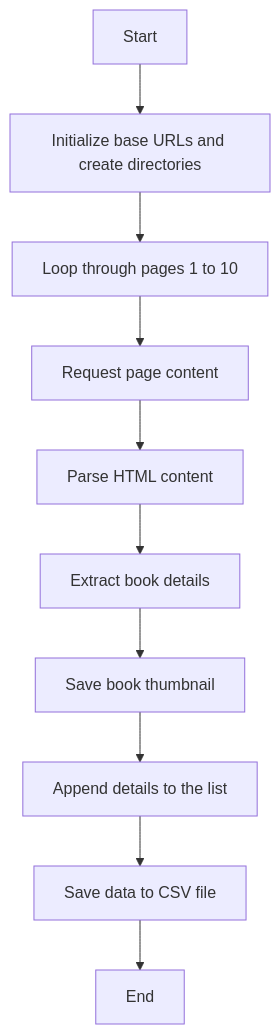
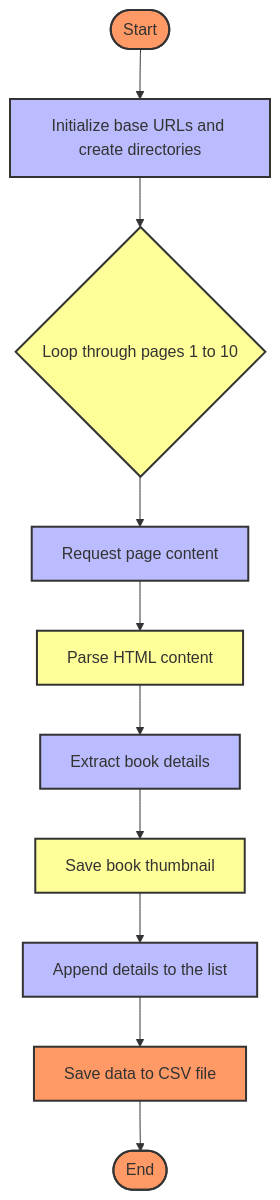
One commit to kawsarlog/books-to-scrape-web-scraper changed the diagram in README.md. Above: the diagram before and after it, drawn with Mermaid.

````diff
--- a/README.md
+++ b/README.md
@@ -76,12 +76,23 @@
 ```mermaid
 flowchart TD
-    A[Start] --> B[Initialize base URLs and create directories]
-    B --> C[Loop through pages 1 to 10]
+    A([Start]) --> B[Initialize base URLs and create directories]
+    B --> C{Loop through pages 1 to 10}
     C --> D[Request page content]
     D --> E[Parse HTML content]
     E --> F[Extract book details]
     F --> G[Save book thumbnail]
     G --> H[Append details to the list]
     H --> I[Save data to CSV file]
-    I --> J[End]
+    I --> J([End])
+    style A fill:#f96,stroke:#333,stroke-width:2px
+    style B fill:#bbf,stroke:#333,stroke-width:2px
+    style C fill:#ff9,stroke:#333,stroke-width:2px
+    style D fill:#bbf,stroke:#333,stroke-width:2px
+    style E fill:#ff9,stroke:#333,stroke-width:2px
+    style F fill:#bbf,stroke:#333,stroke-width:2px
+    style G fill:#ff9,stroke:#333,stroke-width:2px
+    style H fill:#bbf,stroke:#333,stroke-width:2px
+    style I fill:#f96,stroke:#333,stroke-width:2px
+    style J fill:#f96,stroke:#333,stroke-width:2px
+
 ```
````
